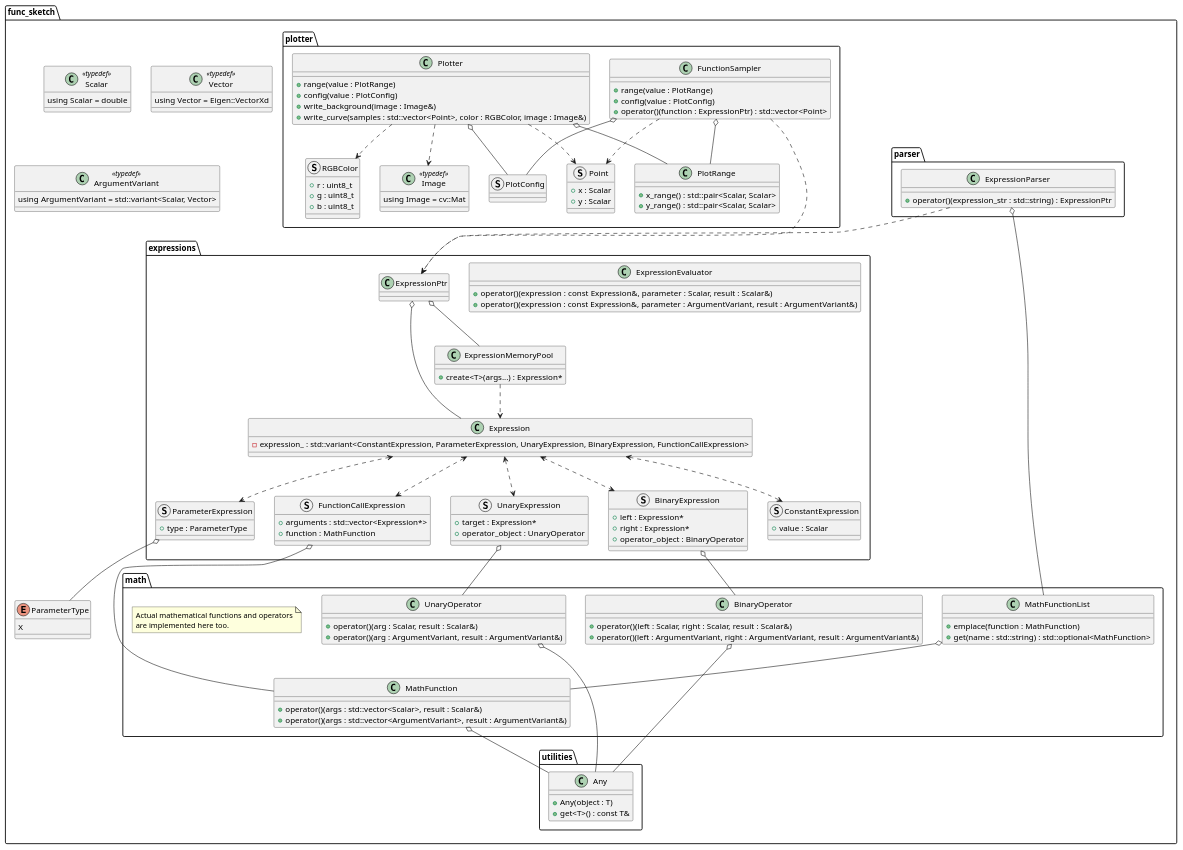
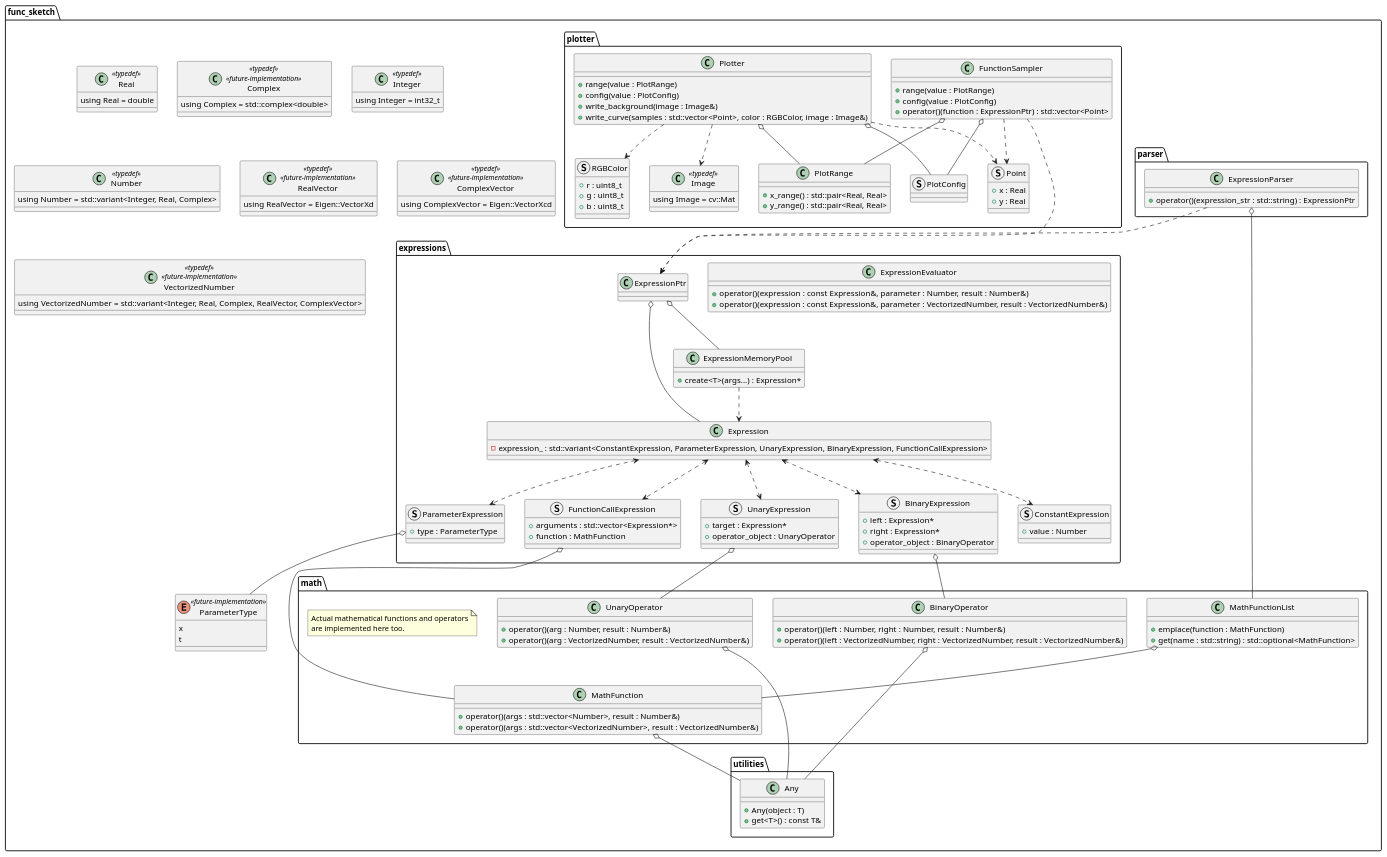
One commit to MusicScience37/FuncSketch changed the diagram in docs/sphinx/design_notes/classes_cpp.puml. Above: the diagram before and after it, drawn with PlantUML.

Commit message:
:books: Changed design for support of integers.

```diff
--- a/docs/sphinx/design_notes/classes_cpp.puml
+++ b/docs/sphinx/design_notes/classes_cpp.puml
@@ -1,166 +1,183 @@
 @startuml classes_cpp
 
 package func_sketch {
-    class Scalar <<typedef>> {
-        using Scalar = double
+    class Real <<typedef>> {
+        using Real = double
     }
 
-    class Vector <<typedef>> {
-        using Vector = Eigen::VectorXd
+    class Complex <<typedef>> <<future-implementation>> {
+        using Complex = std::complex<double>
     }
 
-    class ArgumentVariant <<typedef>> {
-        using ArgumentVariant = std::variant<Scalar, Vector>
+    class Integer <<typedef>> {
+        using Integer = int32_t
     }
 
-    enum ParameterType {
-        X
+    class Number <<typedef>> {
+        using Number = std::variant<Integer, Real, Complex>
+    }
+
+    class RealVector <<typedef>> <<future-implementation>> {
+        using RealVector = Eigen::VectorXd
+    }
+
+    class ComplexVector <<typedef>> <<future-implementation>> {
+        using ComplexVector = Eigen::VectorXcd
+    }
+
+    class VectorizedNumber <<typedef>> <<future-implementation>> {
+        using VectorizedNumber = std::variant<Integer, Real, Complex, RealVector, ComplexVector>
+    }
+
+    enum ParameterType <<future-implementation>> {
+        x
+        t
     }
 
     package utilities {
         class Any {
             + Any(object : T)
             + get<T>() : const T&
         }
     }
 
     package math {
         class UnaryOperator {
-            + operator()(arg : Scalar, result : Scalar&)
-            + operator()(arg : ArgumentVariant, result : ArgumentVariant&)
+            + operator()(arg : Number, result : Number&)
+            + operator()(arg : VectorizedNumber, result : VectorizedNumber&)
         }
         UnaryOperator o-- Any
 
         class BinaryOperator {
-            + operator()(left : Scalar, right : Scalar, result : Scalar&)
-            + operator()(left : ArgumentVariant, right : ArgumentVariant, result : ArgumentVariant&)
+            + operator()(left : Number, right : Number, result : Number&)
+            + operator()(left : VectorizedNumber, right : VectorizedNumber, result : VectorizedNumber&)
         }
         BinaryOperator o-- Any
 
         class MathFunction {
-            + operator()(args : std::vector<Scalar>, result : Scalar&)
-            + operator()(args : std::vector<ArgumentVariant>, result : ArgumentVariant&)
+            + operator()(args : std::vector<Number>, result : Number&)
+            + operator()(args : std::vector<VectorizedNumber>, result : VectorizedNumber&)
         }
         MathFunction o-- Any
 
         class MathFunctionList {
             + emplace(function : MathFunction)
             + get(name : std::string) : std::optional<MathFunction>
         }
         MathFunctionList o-- MathFunction
 
         note as math_functions_note
             Actual mathematical functions and operators
             are implemented here too.
         end note
     }
 
     package expressions {
         class Expression {
             - expression_ : std::variant<ConstantExpression, ParameterExpression, UnaryExpression, BinaryExpression, FunctionCallExpression>
         }
 
         struct ConstantExpression {
-            + value : Scalar
+            + value : Number
         }
         Expression <..> ConstantExpression
 
         struct ParameterExpression {
             + type : ParameterType
         }
         Expression <..> ParameterExpression
         ParameterExpression o-- ParameterType
 
         struct UnaryExpression {
             + target : Expression*
             + operator_object : UnaryOperator
         }
         Expression <..> UnaryExpression
         UnaryExpression o-- UnaryOperator
 
         struct BinaryExpression {
             + left : Expression*
             + right : Expression*
             + operator_object : BinaryOperator
         }
         Expression <..> BinaryExpression
         BinaryExpression o-- BinaryOperator
 
         struct FunctionCallExpression {
             + arguments : std::vector<Expression*>
             + function : MathFunction
         }
         Expression <..> FunctionCallExpression
         FunctionCallExpression o-- MathFunction
 
         class ExpressionMemoryPool {
             + create<T>(args...) : Expression*
         }
         ExpressionMemoryPool ..> Expression
 
         class ExpressionEvaluator {
-            + operator()(expression : const Expression&, parameter : Scalar, result : Scalar&)
-            + operator()(expression : const Expression&, parameter : ArgumentVariant, result : ArgumentVariant&)
+            + operator()(expression : const Expression&, parameter : Number, result : Number&)
+            + operator()(expression : const Expression&, parameter : VectorizedNumber, result : VectorizedNumber&)
         }
 
         class ExpressionPtr
         ExpressionPtr o-- Expression
         ExpressionPtr o-- ExpressionMemoryPool
     }
 
     package parser {
         class ExpressionParser {
             + operator()(expression_str : std::string) : ExpressionPtr
         }
         ExpressionParser o-- MathFunctionList
         ExpressionParser ..> ExpressionPtr
     }
 
     package plotter {
         struct RGBColor {
             + r : uint8_t
             + g : uint8_t
             + b : uint8_t
         }
 
         struct Point {
-            + x : Scalar
-            + y : Scalar
+            + x : Real
+            + y : Real
         }
 
         class Image <<typedef>> {
             using Image = cv::Mat
         }
 
         class PlotRange {
-            + x_range() : std::pair<Scalar, Scalar>
-            + y_range() : std::pair<Scalar, Scalar>
+            + x_range() : std::pair<Real, Real>
+            + y_range() : std::pair<Real, Real>
         }
 
         struct PlotConfig
 
         class FunctionSampler {
             + range(value : PlotRange)
             + config(value : PlotConfig)
             + operator()(function : ExpressionPtr) : std::vector<Point>
         }
         FunctionSampler o-- PlotRange
         FunctionSampler o-- PlotConfig
         FunctionSampler ...> ExpressionPtr
         FunctionSampler ..> Point
 
         class Plotter {
             + range(value : PlotRange)
             + config(value : PlotConfig)
             + write_background(image : Image&)
             + write_curve(samples : std::vector<Point>, color : RGBColor, image : Image&)
         }
         Plotter o-- PlotRange
         Plotter o-- PlotConfig
         Plotter ..> Point
         Plotter ..> RGBColor
         Plotter ..> Image
     }
 }
 
 @enduml
```
